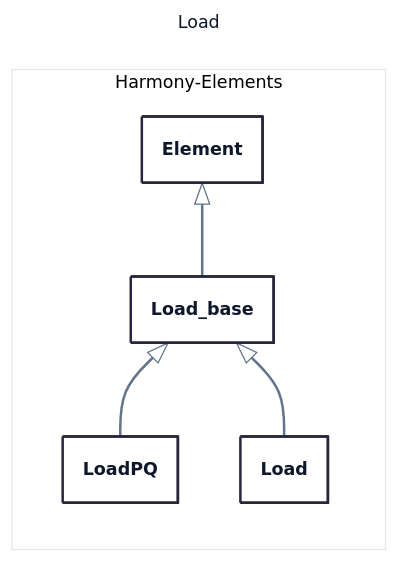
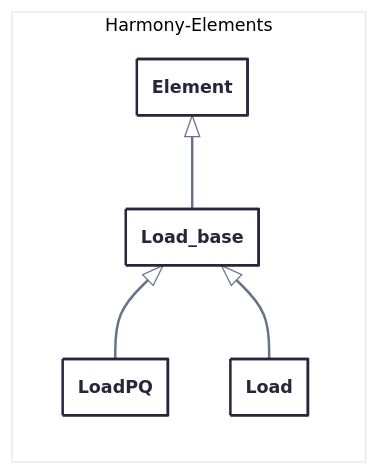
Before and after one commit to yiquintero/tmp: the fifth of 11 diagrams in class_diagram.md, drawn with Mermaid. The commit also changed other lines of this file, not shown here.

First line of the commit message:
Refactor mermaid diagrams in class_diagram.md

````diff
--- a/class_diagram.md
+++ b/class_diagram.md
@@ -185,29 +183,23 @@
 ```mermaid
 ---
-title: Load
 config:
   theme: redux-color
   themeVariables:
-    fontFamily: Segoe UI, -apple-system, BlinkMacSystemFont, sans-serif
     lineColor: "#64748B"
-    primaryTextColor: "#0F172A"
-  flowchart:
-    wrappingWidth: 450
   class:
     hideEmptyMembersBox: true
-    padding: 16
 ---
 classDiagram
   direction LR
   namespace Harmony-Elements {
     class Element {}
   }
   namespace Harmony-Elements {
     class Load_base {}
     class LoadPQ {}
     class Load {}
   }
   Element <|-- Load_base
   Load_base <|-- LoadPQ
   Load_base <|-- Load
 ```
````
